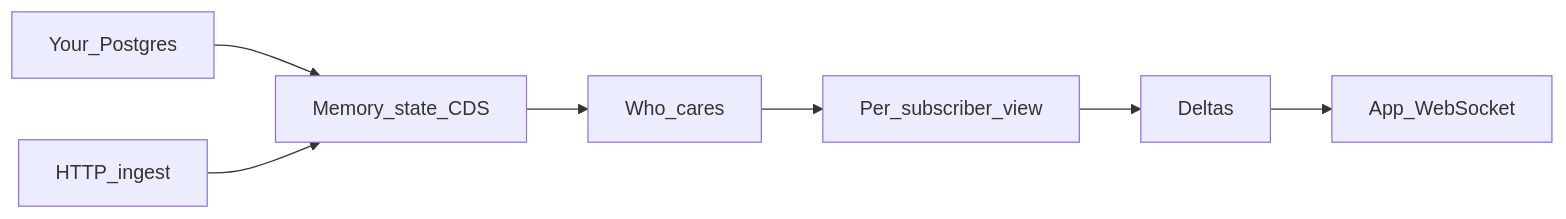
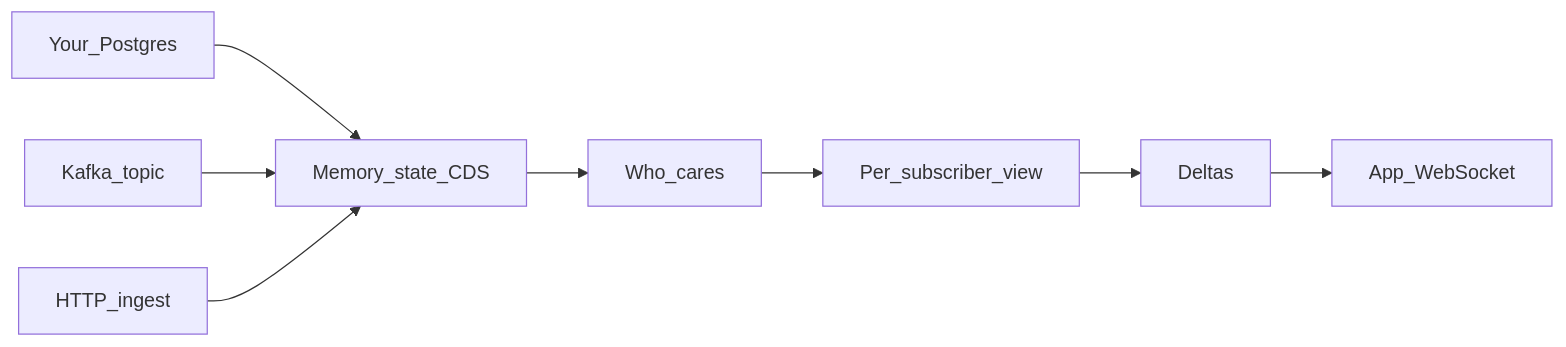
One commit to VinyaAI/SubState changed the diagram in README.md. Above: the diagram before and after it, drawn with Mermaid. The commit also changed other lines of this file and 30 other files, not shown here.

````diff
--- a/README.md
+++ b/README.md
@@ -80,9 +85,10 @@
 ```mermaid
 flowchart LR
   pg[Your_Postgres] --> cds[Memory_state_CDS]
+  kafka[Kafka_topic] --> cds
   ingest[HTTP_ingest] --> cds
   cds --> idx[Who_cares]
   idx --> us[Per_subscriber_view]
   us --> deltas[Deltas]
   deltas --> ws[App_WebSocket]
 ```
````
